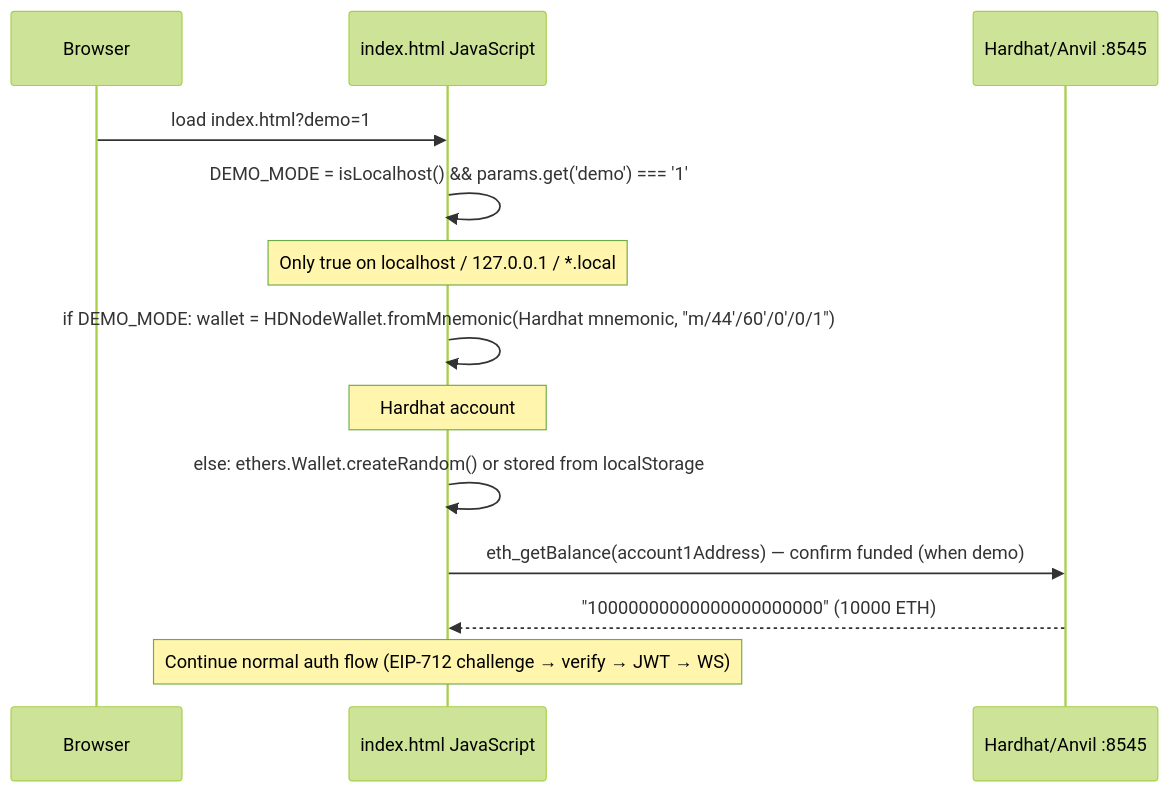
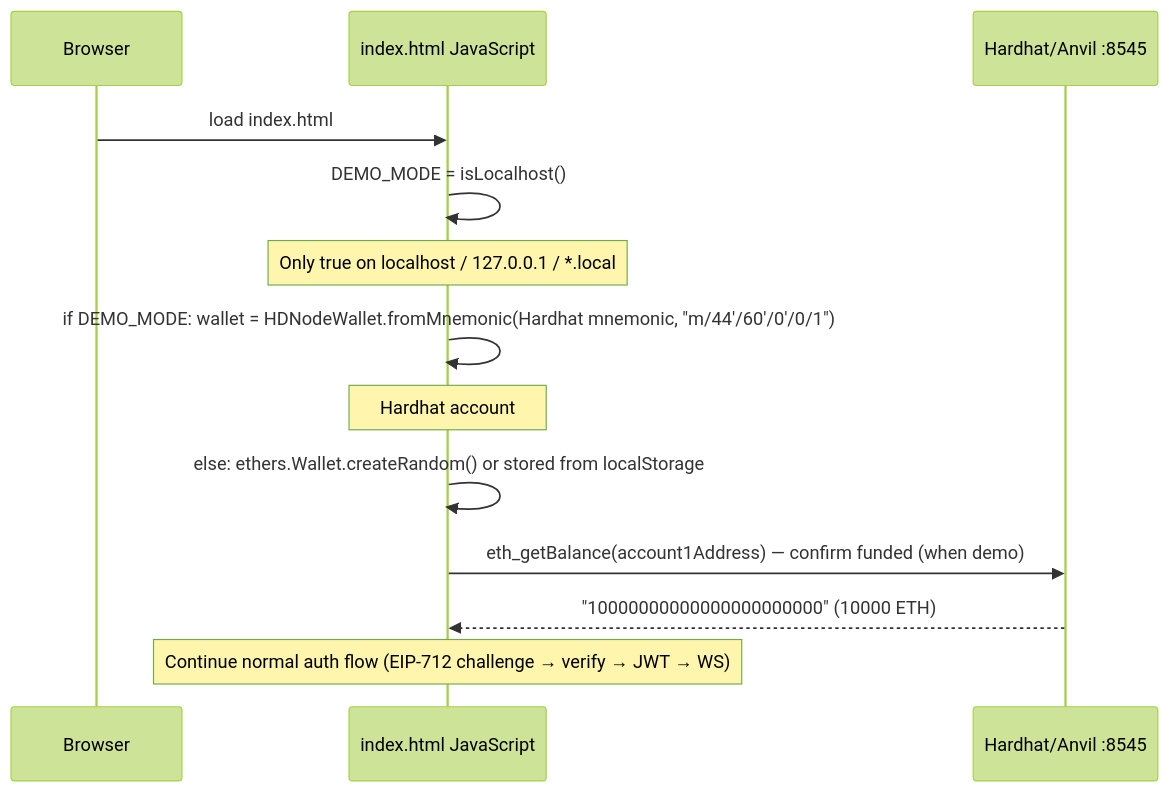
Diagram 20 of 20 in documentation/sequence-diagrams.md (Fennzo/DiceTilt), drawn with Mermaid (forest theme) before and after one commit. The commit also changed other lines of this file and 32 other files, not shown here.

````diff
--- a/documentation/sequence-diagrams.md
+++ b/documentation/sequence-diagrams.md
@@ -621,16 +621,16 @@
 ```mermaid
 sequenceDiagram
     participant Browser as Browser
     participant JS as index.html JavaScript
     participant Anvil as Hardhat/Anvil :8545
 
-    Browser->>JS: load index.html?demo=1
-    JS->>JS: DEMO_MODE = isLocalhost() && params.get('demo') === '1'
+    Browser->>JS: load index.html
+    JS->>JS: DEMO_MODE = isLocalhost()
     Note over JS: Only true on localhost / 127.0.0.1 / *.local
     JS->>JS: if DEMO_MODE: wallet = HDNodeWallet.fromMnemonic(Hardhat mnemonic, "m/44'/60'/0'/0/1")
     Note over JS: Hardhat account #1 — deterministic, pre-funded with 10000 ETH by Anvil
     JS->>JS: else: ethers.Wallet.createRandom() or stored from localStorage
     JS->>Anvil: eth_getBalance(account1Address) — confirm funded (when demo)
     Anvil-->>JS: "10000000000000000000000" (10000 ETH)
     Note over JS: Continue normal auth flow (EIP-712 challenge → verify → JWT → WS)
 ```
````
